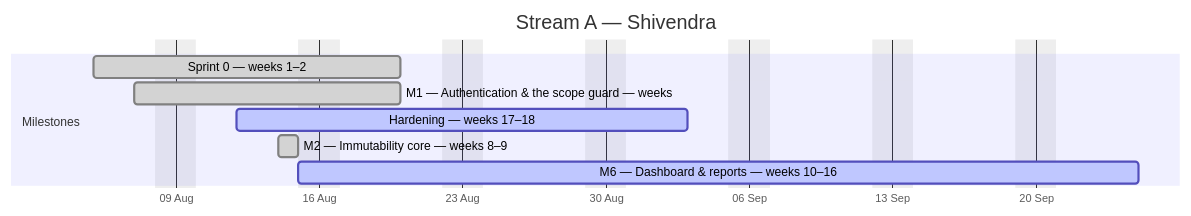
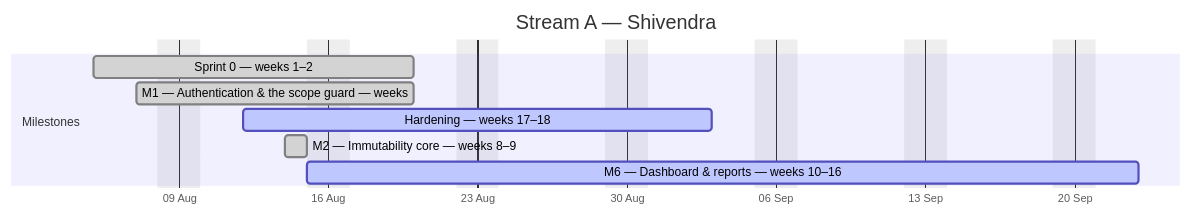
Before and after one commit to debashisedunext/EduTrack: the first of 4 diagrams in docs/plan/GANTT.md, drawn with Mermaid. The commit also changed other lines of this file and 3 other files, not shown here.

````diff
--- a/docs/plan/GANTT.md
+++ b/docs/plan/GANTT.md
@@ -101,13 +103,13 @@
 ```mermaid
 gantt
     dateFormat YYYY-MM-DD
     axisFormat %d %b
     title Stream A — Shivendra
     excludes weekends
     section Milestones
     Sprint 0 — weeks 1–2 :done, a0, 2026-08-05, 11d
     M1 — Authentication & the scope guard — weeks :done, a1, 2026-08-07, 9d
     Hardening — weeks 17–18 :active, a2, 2026-08-12, 16d
     M2 — Immutability core — weeks 8–9 :done, a3, 2026-08-14, 1d
-    M6 — Dashboard & reports — weeks 10–16 :active, a4, 2026-08-15, 30d
+    M6 — Dashboard & reports — weeks 10–16 :active, a4, 2026-08-15, 28d
 ```
````
